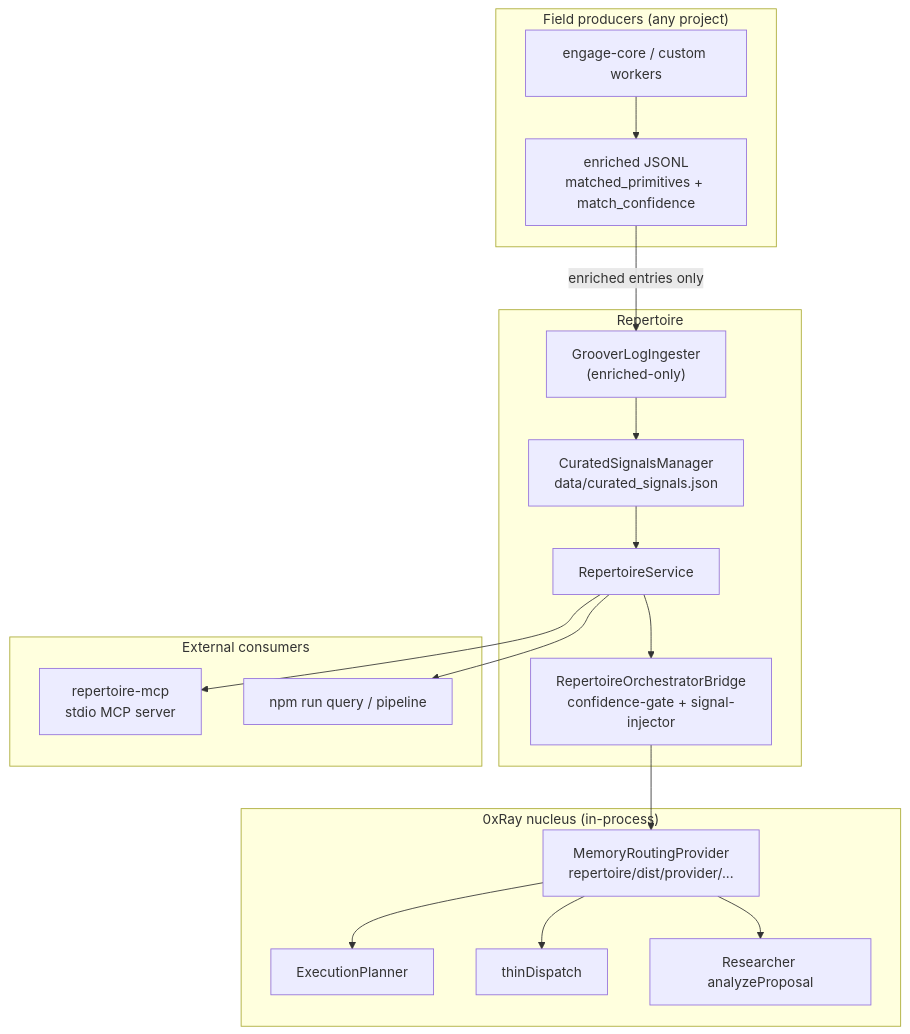
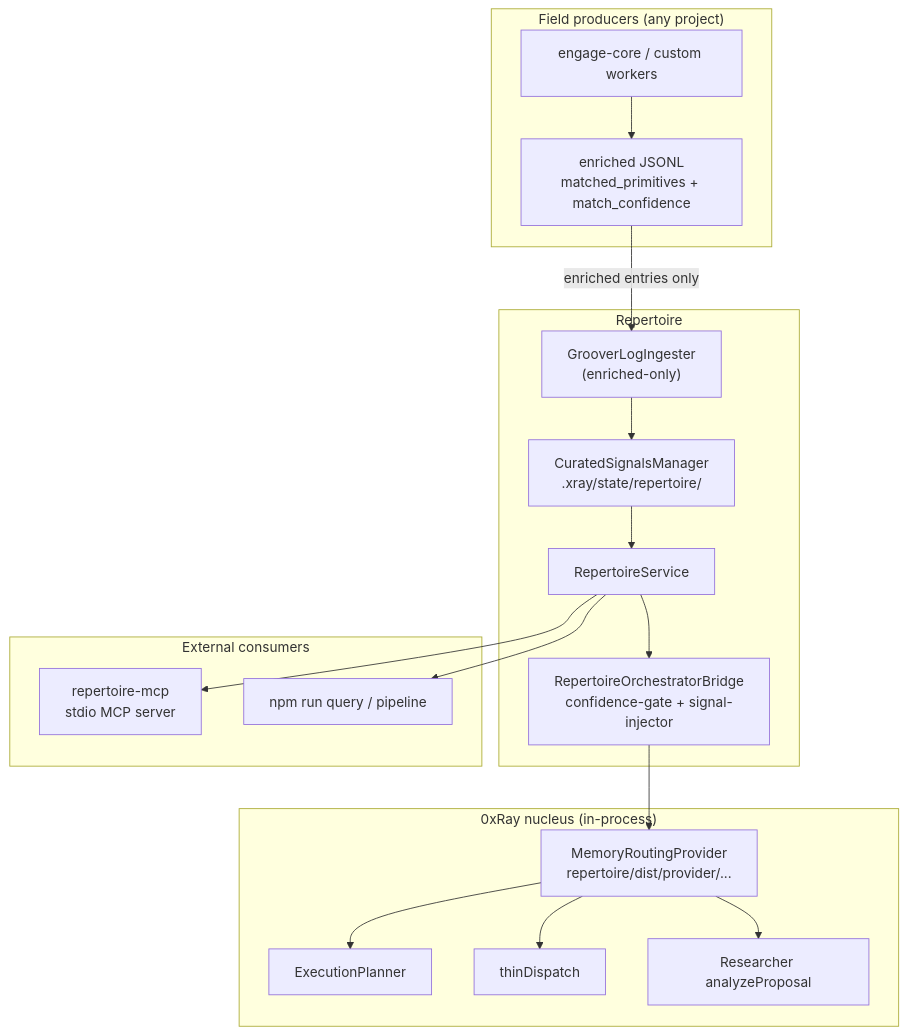
Before and after one commit to 0xRayAI/repertoire: the diagram in ARCHITECTURE.md, drawn with Mermaid. The commit also changed other lines of this file and 14 other files, not shown here.

````diff
--- a/ARCHITECTURE.md
+++ b/ARCHITECTURE.md
@@ -11,38 +11,38 @@
 ```mermaid
 flowchart TB
   subgraph Producers["Field producers (any project)"]
     G1["engage-core / custom workers"]
     G2["enriched JSONL\nmatched_primitives + match_confidence"]
     G1 --> G2
   end
 
   subgraph Repertoire["Repertoire"]
     I["GrooverLogIngester\n(enriched-only)"]
-    R["CuratedSignalsManager\ndata/curated_signals.json"]
+    R["CuratedSignalsManager\n.xray/state/repertoire/"]
     S["RepertoireService"]
     B["RepertoireOrchestratorBridge\nconfidence-gate + signal-injector"]
     I --> R
     R --> S
     S --> B
   end
 
   subgraph Internal["0xRay nucleus (in-process)"]
     P["MemoryRoutingProvider\nrepertoire/dist/provider/..."]
     EP["ExecutionPlanner"]
     TD["thinDispatch"]
     RS["Researcher analyzeProposal"]
     P --> EP
     P --> TD
     P --> RS
   end
 
   subgraph External["External consumers"]
     MCP["repertoire-mcp\nstdio MCP server"]
     CLI["npm run query / pipeline"]
   end
 
   G2 -->|"enriched entries only"| I
   B --> P
   S --> MCP
   S --> CLI
 ```
````
